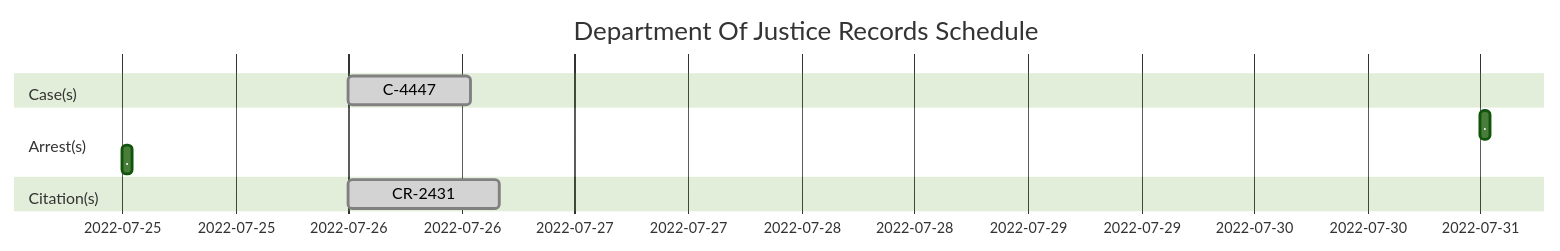
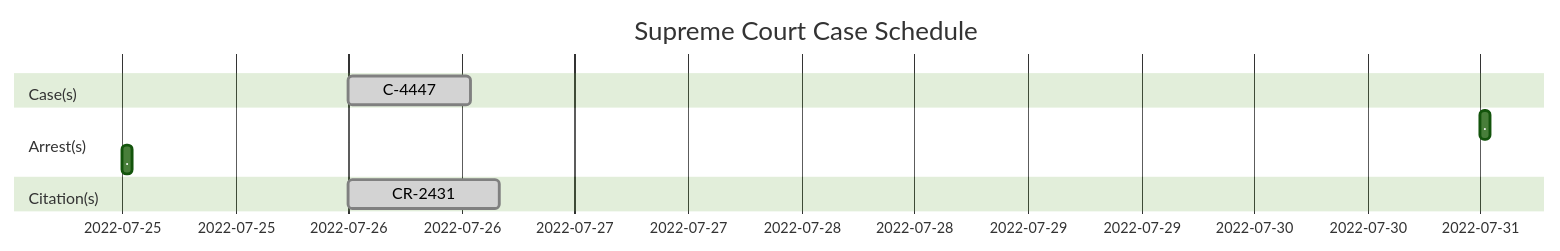
The diagram in README.md (NotKaarlo/State-of-San-Andreas), drawn with Mermaid (forest theme) before and after one commit. The commit also changed other lines of this file, not shown here.

````diff
--- a/README.md
+++ b/README.md
@@ -31,16 +31,16 @@
 ```mermaid
 gantt
 dateFormat  YYYY-MM-DD
-title  Department Of Justice Records Schedule
+title Supreme Court Case Schedule
 excludes weekdays 2022-07-01
 
 section Case(s)
 C-4447               :done,       2022-07-26,13h
 
 section Arrest(s)
 .                        :            2022-07-31,1h
 .                        :            2022-07-25,1h
 
 section Citation(s)
 CR-2431              :done,       2022-07-26,16h          
 ```
````
